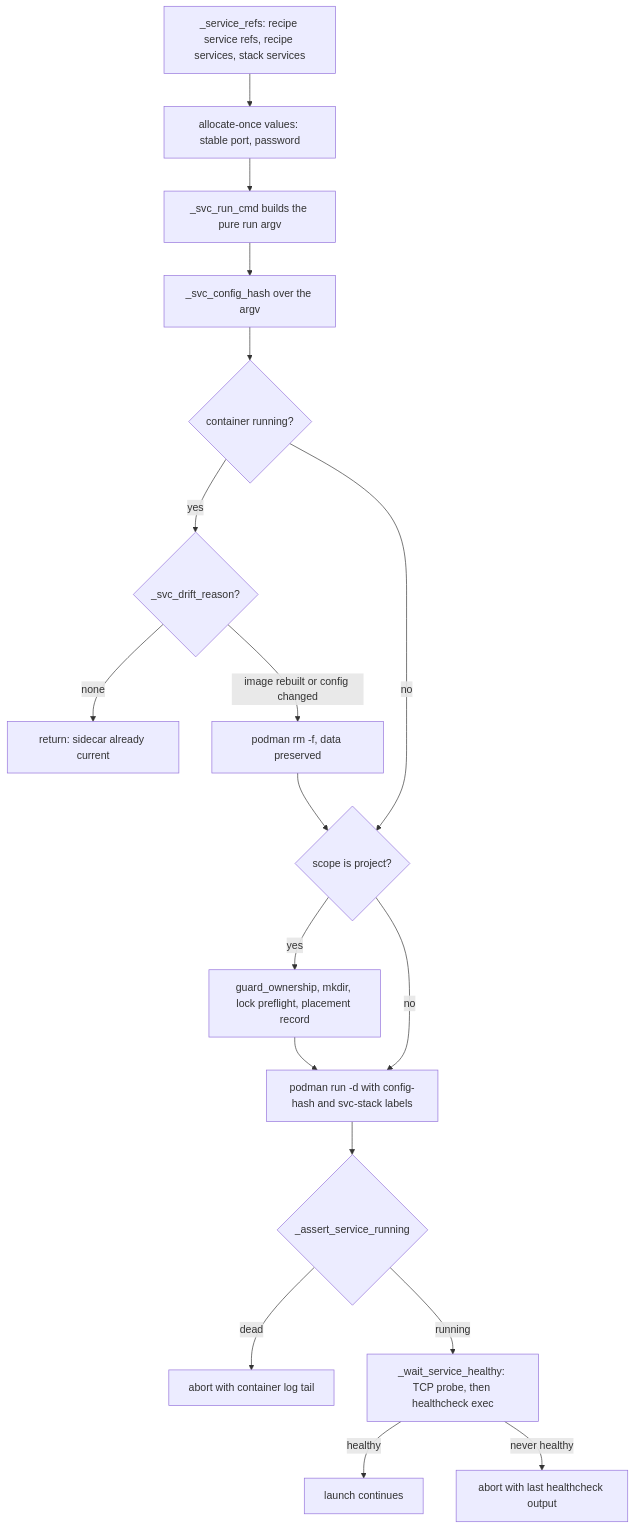
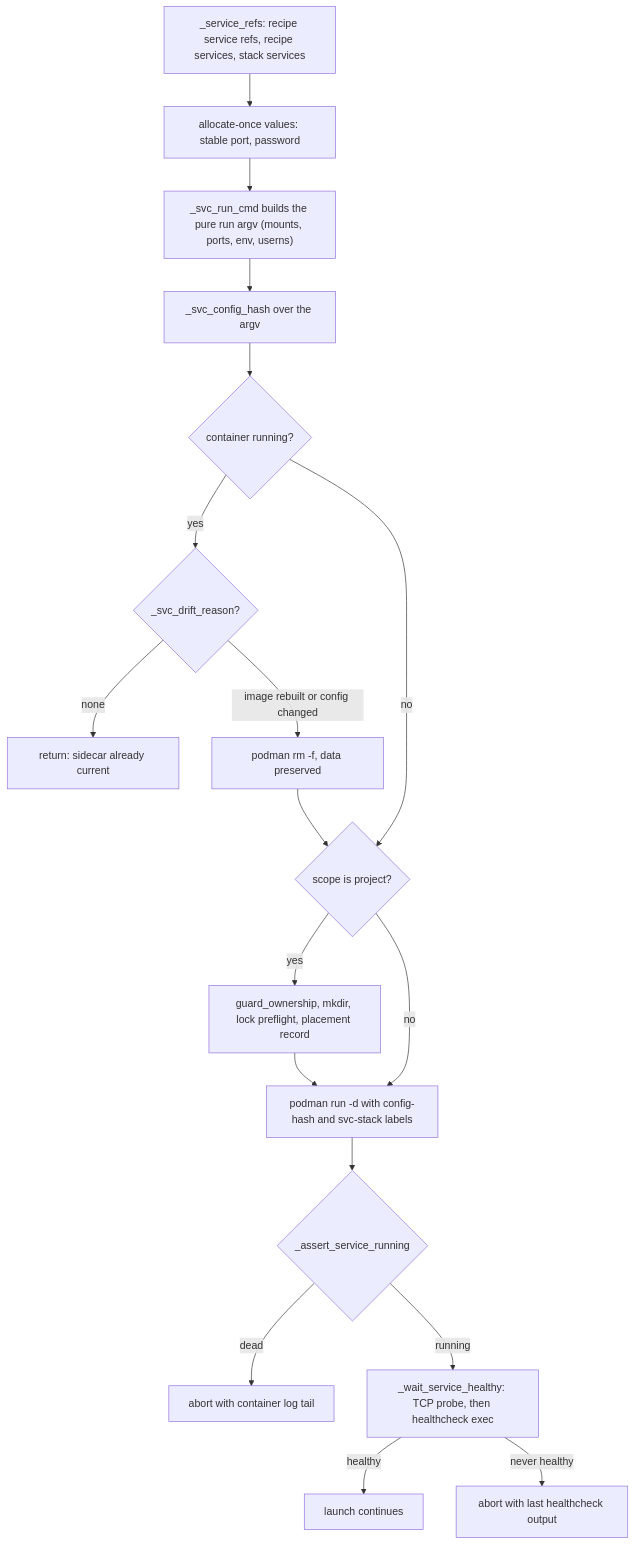
The diagram in openwiki/architecture/services.md (drmikecrowe/harnessed), drawn with Mermaid before and after one commit. The commit also changed other lines of this file and 55 other files, not shown here.

````diff
--- a/openwiki/architecture/services.md
+++ b/openwiki/architecture/services.md
@@ -282,20 +284,20 @@
 ```mermaid
 flowchart TD
     refs["_service_refs: recipe service refs, recipe services, stack services"] --> alloc["allocate-once values: stable port, password"]
-    alloc --> want["_svc_run_cmd builds the pure run argv"]
+    alloc --> want["_svc_run_cmd builds the pure run argv (mounts, ports, env, userns)"]
     want --> hash["_svc_config_hash over the argv"]
     hash --> running{"container running?"}
     running -->|"yes"| drift{"_svc_drift_reason?"}
     drift -->|"none"| done["return: sidecar already current"]
     drift -->|"image rebuilt or config changed"| rm["podman rm -f, data preserved"]
     running -->|"no"| guards{"scope is project?"}
     rm --> guards
     guards -->|"yes"| gate["guard_ownership, mkdir, lock preflight, placement record"]
     guards -->|"no"| create
     gate --> create["podman run -d with config-hash and svc-stack labels"]
     create --> alive{"_assert_service_running"}
     alive -->|"dead"| abort["abort with container log tail"]
     alive -->|"running"| health["_wait_service_healthy: TCP probe, then healthcheck exec"]
     health -->|"healthy"| ok["launch continues"]
     health -->|"never healthy"| abort2["abort with last healthcheck output"]
 ```
````
